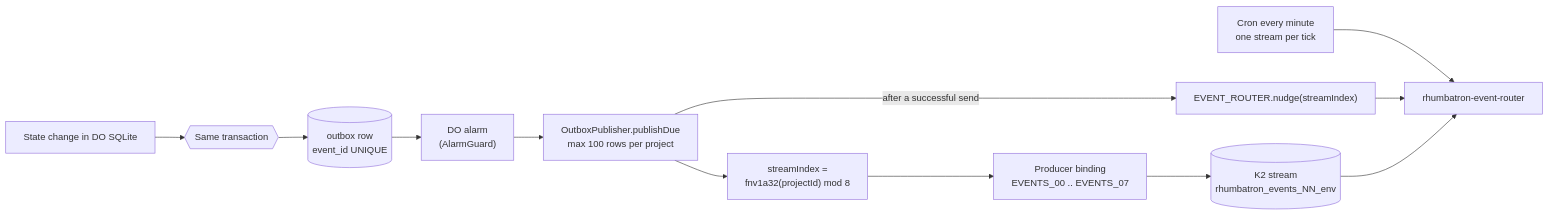
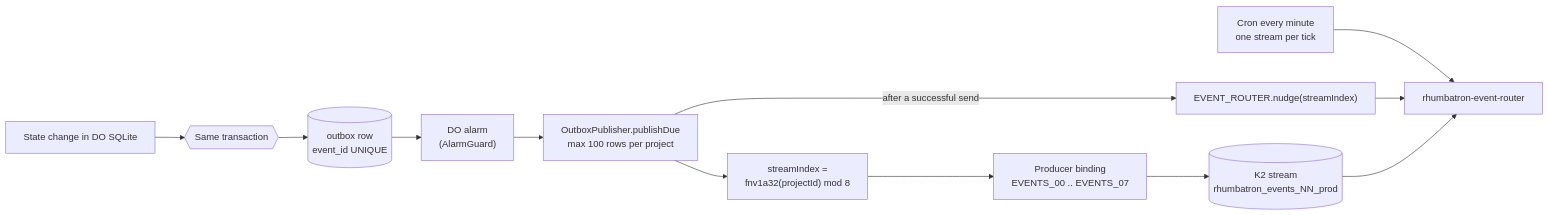
Before and after one commit to nsudhanva/rhumbatron: the first of 7 diagrams in docs/architecture/events-and-commands.md, drawn with Mermaid. The commit also changed other lines of this file and 47 other files, not shown here.

````diff
--- a/docs/architecture/events-and-commands.md
+++ b/docs/architecture/events-and-commands.md
@@ -33,14 +36,14 @@
 ```mermaid
 flowchart LR
   W["State change in DO SQLite"] --> T{{"Same transaction"}}
   T --> OB[("outbox row<br/>event_id UNIQUE")]
   OB --> AL["DO alarm<br/>(AlarmGuard)"]
   AL --> PUB["OutboxPublisher.publishDue<br/>max 100 rows per project"]
   PUB --> H["streamIndex =<br/>fnv1a32(projectId) mod 8"]
   H --> P["Producer binding<br/>EVENTS_00 .. EVENTS_07"]
-  P --> K2[("K2 stream<br/>rhumbatron_events_NN_env")]
+  P --> K2[("K2 stream<br/>rhumbatron_events_NN_prod")]
   PUB -->|"after a successful send"| N["EVENT_ROUTER.nudge(streamIndex)"]
   CRON["Cron every minute<br/>one stream per tick"] --> ER["rhumbatron-event-router"]
   N --> ER
   K2 --> ER
 ```
````
